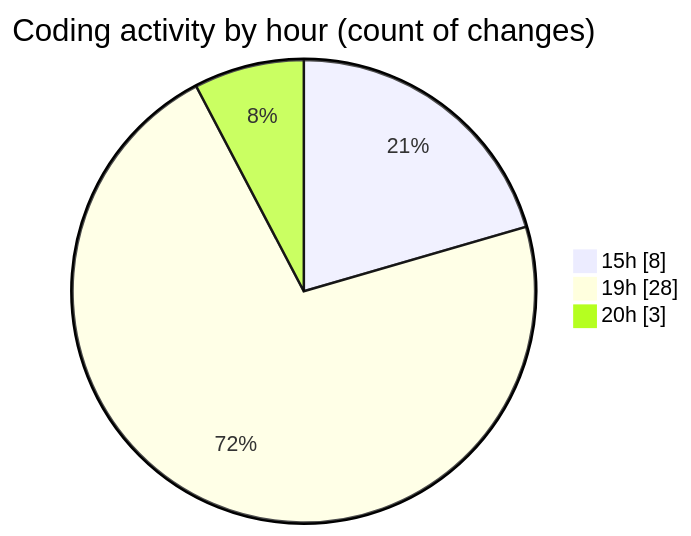
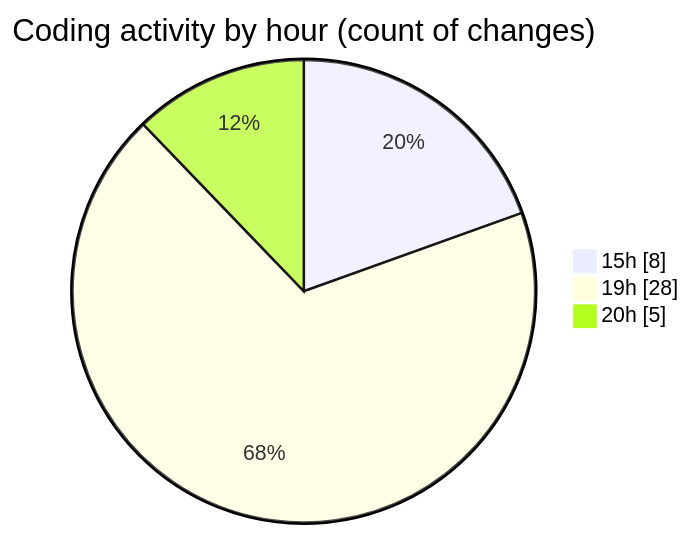
Before and after one commit to Ritupan-Deka/code-tracking: the second of 2 diagrams in 2025-01-26/search/README.md, drawn with Mermaid. The commit also changed other lines of this file and 1 other file, not shown here.

````diff
--- a/2025-01-26/search/README.md
+++ b/2025-01-26/search/README.md
@@ -31,7 +31,7 @@
 ```mermaid
 pie showData
 title Coding activity by hour (count of changes)
 "15h" : 8
 "19h" : 28
-"20h" : 3
+"20h" : 5
 ```
````
